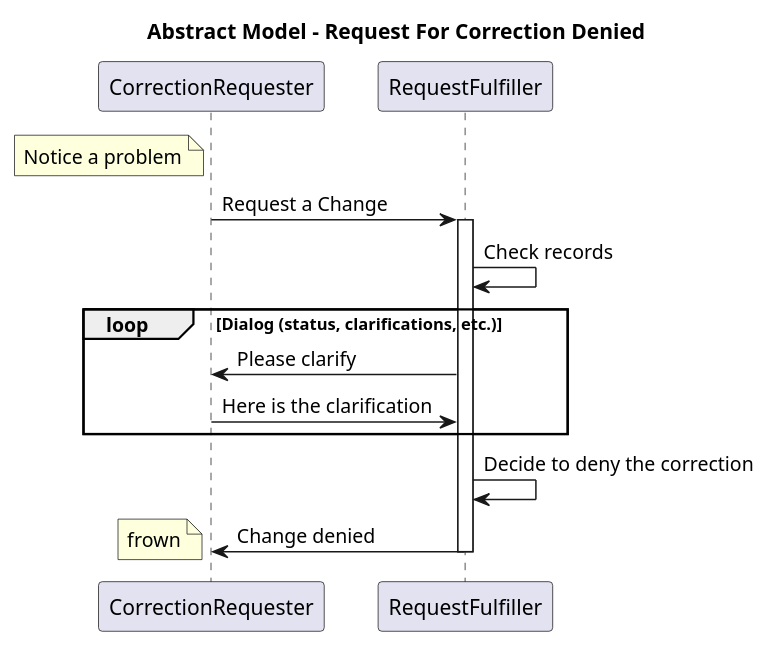
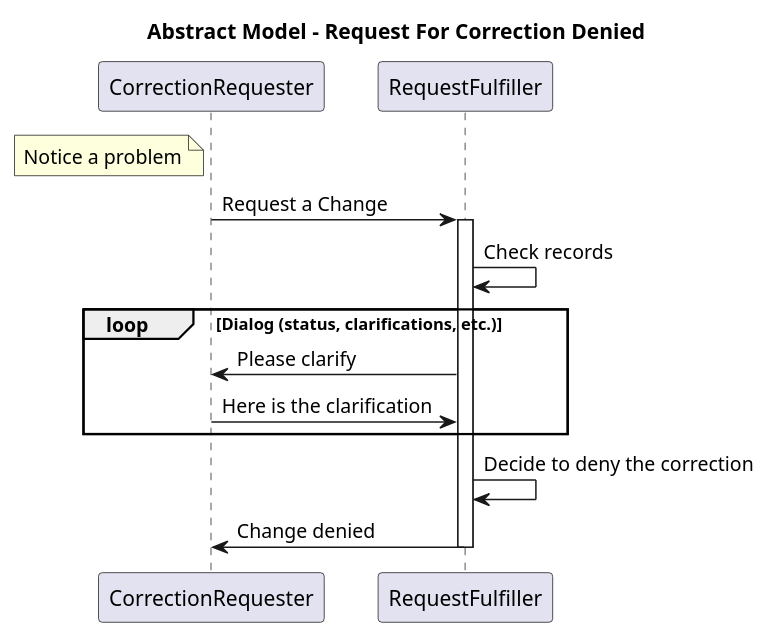
One commit to HL7/fhir-patient-correction changed the diagram in input/images-source/use-case-2.plantuml. Above: the diagram before and after it, drawn with PlantUML. The commit also changed 6 other files, not shown here.

```diff
--- a/input/images-source/use-case-2.plantuml
+++ b/input/images-source/use-case-2.plantuml
@@ -1,21 +1,20 @@
 @startuml
 title Abstract Model - Request For Correction Denied
 
 note left of CorrectionRequester
 Notice a problem
 end note
 CorrectionRequester->RequestFulfiller : Request a Change
 Activate RequestFulfiller
 RequestFulfiller->RequestFulfiller : Check records
 
 loop Dialog (status, clarifications, etc.)
    RequestFulfiller->CorrectionRequester : Please clarify
    CorrectionRequester->RequestFulfiller : Here is the clarification
 end
 
 RequestFulfiller->RequestFulfiller : Decide to deny the correction
 RequestFulfiller->CorrectionRequester : Change denied
 Deactivate RequestFulfiller
 
-note left: frown
 @enduml
```
